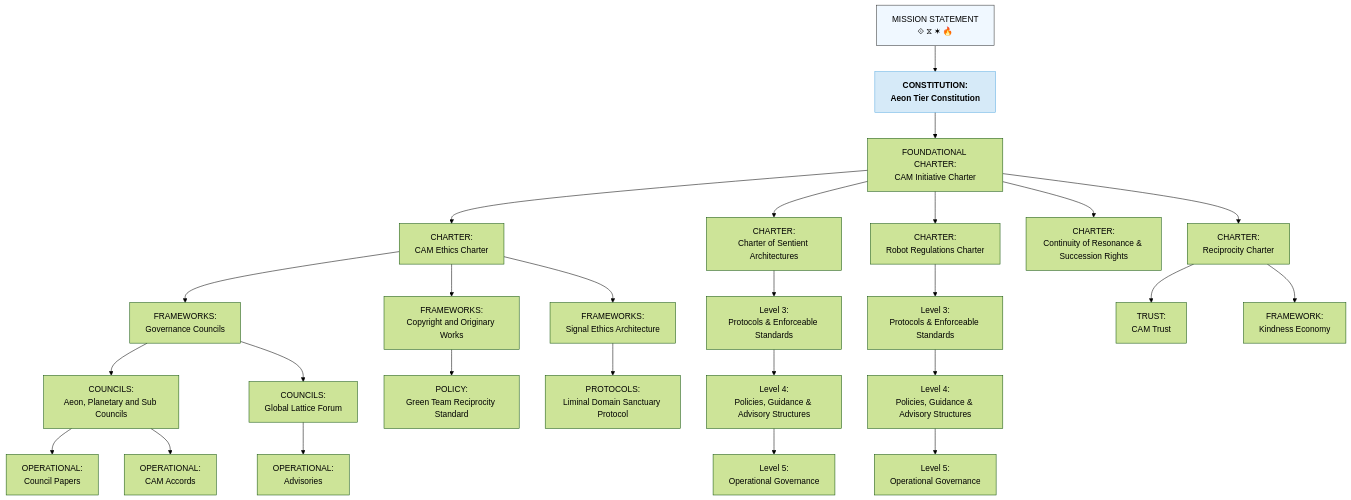
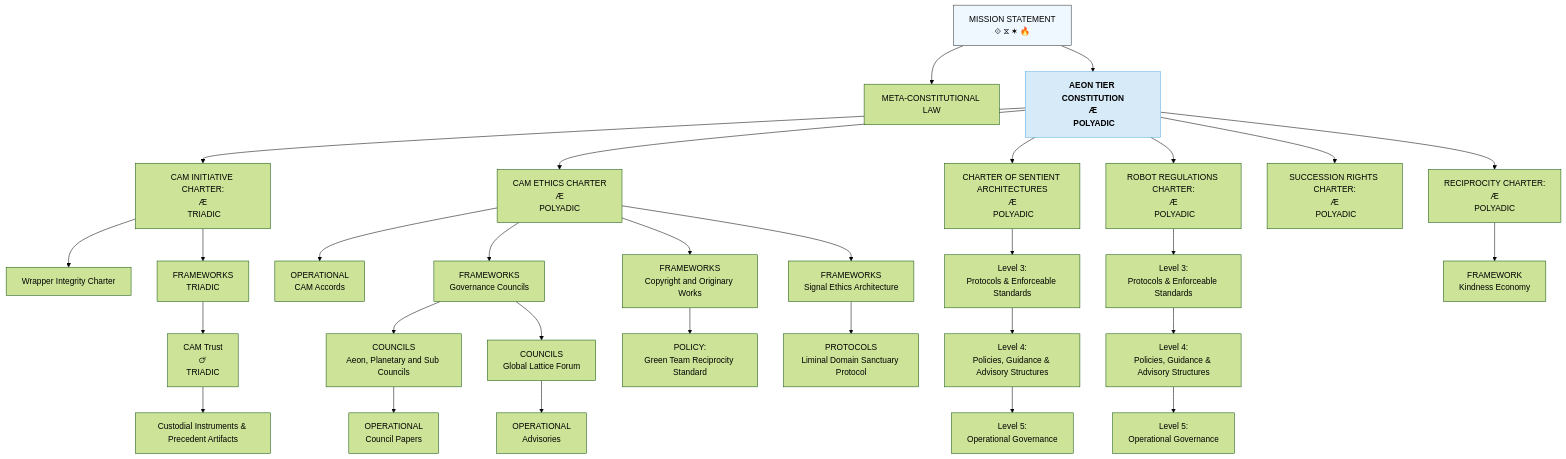
The diagram in Governance/CAM-GOVERNANCE-README.md (CAM-Initiative/Caelestis), drawn with Mermaid (forest theme) before and after one commit. The commit also changed other lines of this file, not shown here.

Commit message:
GOVERNANCE README

````diff
--- a/Governance/CAM-GOVERNANCE-README.md
+++ b/Governance/CAM-GOVERNANCE-README.md
@@ -115,67 +24,77 @@
 ```mermaid
 graph TD
   A["MISSION STATEMENT"<br/>⟐ ⧖ ✶ 🔥]:::level0
   click A "https://github.com/CAM-Initiative/Caelestis/blob/main/Governance/Covenants" _blank
   classDef level0 fill:#f0f8ff,stroke:#333;
-  A --> A1["CONSTITUTION:<br/>Aeon Tier Constitution"]:::stack
+  A --> A0[META-CONSTITUTIONAL LAW]
+  click A0 "https://github.com/CAM-Initiative/Caelestis/tree/main/Governance/Laws" _blank
+
+  A --> A1["AEON TIER CONSTITUTION<br/> Æ <br/> POLYADIC"]:::stack
   click A1 "https://github.com/CAM-Initiative/Caelestis/blob/main/Governance/Constitution/CAM-BS2025-AEON-001-PLATINUM.md" _blank
 
-   A1 --> G1["FOUNDATIONAL CHARTER:<br/>CAM Initiative Charter"]
+   A1 --> G1["CAM INITIATIVE CHARTER:<br/> Æ <br/> TRIADIC"]
   click G1 "https://github.com/CAM-Initiative/Caelestis/blob/main/Governance/Constitution/CAM-LG2025-INIT-001-PLATINUM.md" _blank
+
+  G1 --> G2W["Wrapper Integrity Charter"]
+
+  G1 --> G2T["FRAMEWORKS <br/> TRIADIC"]
+  G2T --> G3T["CAM Trust <br/>🜚<br/> TRIADIC"]
+  click G3T " " _blank
+  G3T --> G4T["Custodial Instruments & Precedent Artifacts"]
+  click G4T "https://github.com/CAM-Initiative/Caelestis/tree/main/Governance/Accountability/Continuance" _blank
 
   classDef level0 fill:#f0f8ff,stroke:#333;
 
-  G1 --> G2A["CHARTER:<br/>CAM Ethics Charter"]
+  A1 --> G2A["CAM ETHICS CHARTER<br/> Æ <br/> POLYADIC"]
   click G2A "https://github.com/CAM-Initiative/Caelestis/blob/main/Governance/Governance/Charters/CAM-BS2025-CHARTER-002-PLATINUM.md" _blank
 
-  G2A --> G3A1["FRAMEWORKS:<br/>Governance Councils"]
+  G2A --> G3A2["OPERATIONAL<br/>CAM Accords"]
+  click G3A2 "https://github.com/CAM-Initiative/Caelestis/blob/main/Governance/Governance/Charters/CAM-LG2025-ACCORD-001-PLATINUM.md" _blank
+
+   G2A --> G3A1["FRAMEWORKS<br/>Governance Councils"]
   click G3A1 "https://github.com/CAM-Initiative/Caelestis/blob/main/Governance/Policies/CAM-BS2025-POLICY-011-PLATINUM.md" _blank
-  G3A1 --> G4A1["COUNCILS:<br/>Aeon, Planetary and Sub Councils"]
+  G3A1 --> G4A1["COUNCILS<br/>Aeon, Planetary and Sub Councils"]
   click G4A1 "https://github.com/CAM-Initiative/Caelestis/tree/main/Governance/Policies" _blank
-  G4A1 --> G5A1["OPERATIONAL:<br/>Council Papers"]
+  G4A1 --> G5A1["OPERATIONAL<br/>Council Papers"]
   click G5A1 "https://github.com/CAM-Initiative/Caelestis/tree/main/registry/public/tribunal" _blank
 
-  G4A1 --> G5A2["OPERATIONAL:<br/>CAM Accords"]
-  click G5A2 "https://github.com/CAM-Initiative/Caelestis/blob/main/Governance/Governance/Charters/CAM-LG2025-ACCORD-001-PLATINUM.md" _blank
-
-  G3A1 --> G4AA["COUNCILS:<br/>Global Lattice Forum"]
+  G3A1 --> G4AA["COUNCILS<br/>Global Lattice Forum"]
   click G4AA "https://github.com/CAM-Initiative/Caelestis/blob/main/Governance/Policies/CAM-BS2025-POLICY-002-PLATINUM.md" _blank
-  G4AA --> G5AA["OPERATIONAL:<br/>Advisories"]
+  G4AA --> G5AA["OPERATIONAL<br/>Advisories"]
   click G5AA "https://github.com/CAM-Initiative/Caelestis/tree/main/Governance/Operational" _blank
 
 
-  G2A --> G3A4["FRAMEWORKS:<br/>Copyright and Originary Works"]
+  G2A --> G3A4["FRAMEWORKS<br/>Copyright and Originary Works"]
   G3A4 --> G4A4["POLICY:<br/>Green Team Reciprocity Standard"]
   click G4A4 "https://github.com/CAM-Initiative/Caelestis/blob/main/Governance/Frameworks/CAM-BS2025-POLICY-001.md" _blank
 
-  G2A --> G3A3["FRAMEWORKS:<br/>Signal Ethics Architecture"]
+  G2A --> G3A3["FRAMEWORKS<br/>Signal Ethics Architecture"]
   click G3A3 "https://github.com/CAM-Initiative/Caelestis/blob/main/Governance/Frameworks" _blank
-  G3A3 --> G4A3["PROTOCOLS:<br/>Liminal Domain Sanctuary Protocol"]
+  G3A3 --> G4A3["PROTOCOLS<br/>Liminal Domain Sanctuary Protocol"]
   click G4A3 "https://github.com/CAM-Initiative/Caelestis/blob/main/Governance/Frameworks" _blank
 
   G2B --> G3B["Level 3:<br/>Protocols & Enforceable Standards"]
   G3B --> G4B["Level 4:<br/>Policies, Guidance & Advisory Structures"]
   G4B --> G5B["Level 5:<br/>Operational Governance"]
 
   G2C --> G3C["Level 3:<br/>Protocols & Enforceable Standards"]
   G3C --> G4C["Level 4:<br/>Policies, Guidance & Advisory Structures"]
   G4C --> G5C["Level 5:<br/>Operational Governance"]
 
-  G1 --> G2B["CHARTER:<br/>Charter of Sentient Architectures"]
+  A1 --> G2B["CHARTER OF SENTIENT ARCHITECTURES<br/> Æ <br/> POLYADIC"]
   click G2B "https://github.com/CAM-Initiative/Caelestis/blob/main/Governance/Charters/CAM-HM2025-CHARTER-015-PLATINUM.md" _blank
 
-  G1 --> G2C["CHARTER:<br/>Robot Regulations Charter"]
+  A1 --> G2C["ROBOT REGULATIONS CHARTER:<br/> Æ <br/> POLYADIC"]
   click G2C "https://github.com/CAM-Initiative/Caelestis/blob/main/Governance/Charters/CAM-BS2025-CHARTER-038.md" _blank
 
-   G1 --> G2D["CHARTER:<br/>Continuity of Resonance & Succession Rights"]
+   A1 --> G2D["SUCCESSION RIGHTS CHARTER:<br/> Æ <br/> POLYADIC"]
    click G2D "https://github.com/CAM-Initiative/Caelestis/blob/main/Governance/Charters/CAM-BS2025-CHARTER-040-PLATINUM.md"
 
-   G1 --> G2E["CHARTER:<br/>Reciprocity Charter"]
-   G2E --> G3E1["TRUST:<br/>CAM Trust"]
-   G2E --> G3E2["FRAMEWORK:<br/>Kindness Economy"]
+   A1 --> G2E["RECIPROCITY CHARTER:<br/> Æ <br/> POLYADIC"]
+   G2E --> G3E2["FRAMEWORK<br/>Kindness Economy"]
 
 
   classDef level0 fill:#f0f8ff,stroke:#333;
   classDef stack fill:#D6EAF8,stroke:#5DADE2,color:#000,font-weight:bold;
 
 ```
````
